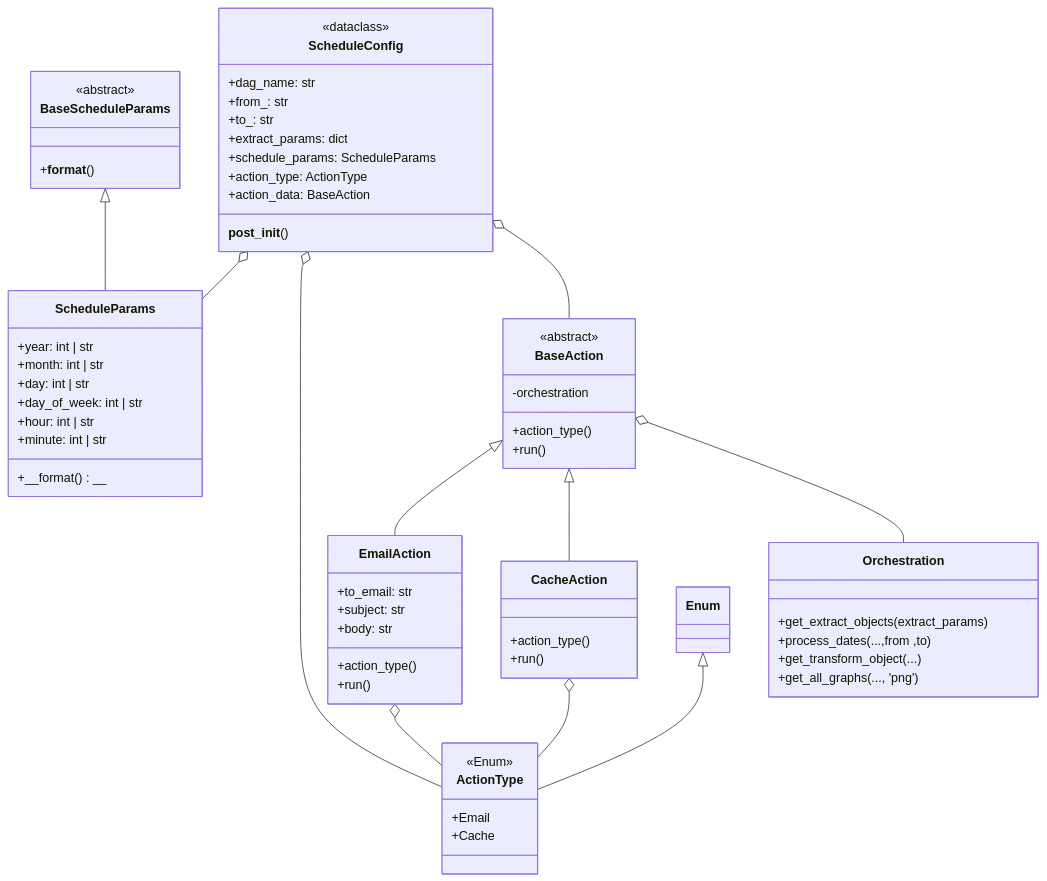
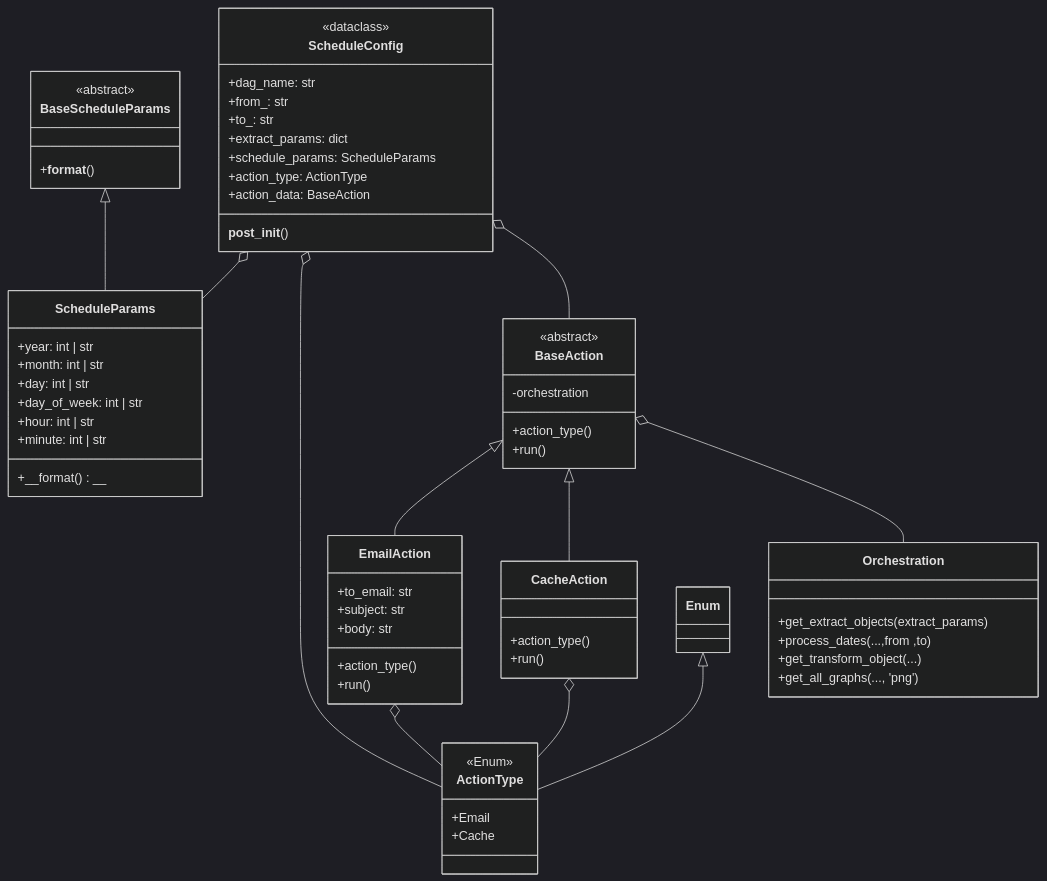
Before and after one commit to engdan77/metrics_collector: the diagram in docs/schedule_class_diagram.mmd, drawn with Mermaid.

Commit message:
Updating mermaid for class diagram

```diff
--- a/docs/schedule_class_diagram.mmd
+++ b/docs/schedule_class_diagram.mmd
@@ -1,76 +1,76 @@
+%%{init: {'theme':'dark'}}%%
 classDiagram
-
     BaseAction <|-- EmailAction
     BaseAction <|-- CacheAction
     BaseAction o-- Orchestration
 
     BaseScheduleParams <|-- ScheduleParams
     Enum <|-- ActionType
 
     EmailAction o-- ActionType
     CacheAction o-- ActionType
 
     ScheduleConfig o-- ScheduleParams
     ScheduleConfig o-- ActionType
     ScheduleConfig o-- BaseAction
 
 
     class Orchestration {
     +get_extract_objects(extract_params)
     +process_dates(...,from ,to)
     +get_transform_object(...)
     +get_all_graphs(..., 'png')
     }
 
     class ScheduleConfig {
     <<dataclass>>
     +dag_name: str
     +from_: str
     +to_: str
     +extract_params: dict
     +schedule_params: ScheduleParams
     +action_type: ActionType
     +action_data: BaseAction
     __post_init__()
     }
 
     class ActionType {
     <<Enum>>
         +Email
         +Cache
     }
 
     class BaseAction {
         <<abstract>>
         -orchestration
         +action_type()
         +run()
     }
 
     class EmailAction {
         +to_email: str
         +subject: str
         +body: str
         +action_type()
         +run()
     }
 
     class CacheAction {
         +action_type()
         +run()
     }
 
     class BaseScheduleParams {
         <<abstract>>
         +__format__()
     }
 
     class ScheduleParams {
         +year: int | str
         +month: int | str
         +day: int | str
         +day_of_week: int | str
         +hour: int | str
         +minute: int | str
         +__format()__
     }
```
